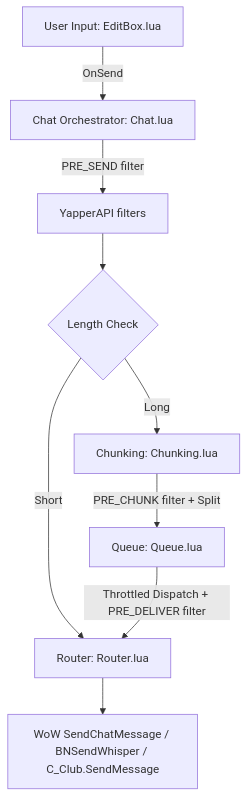
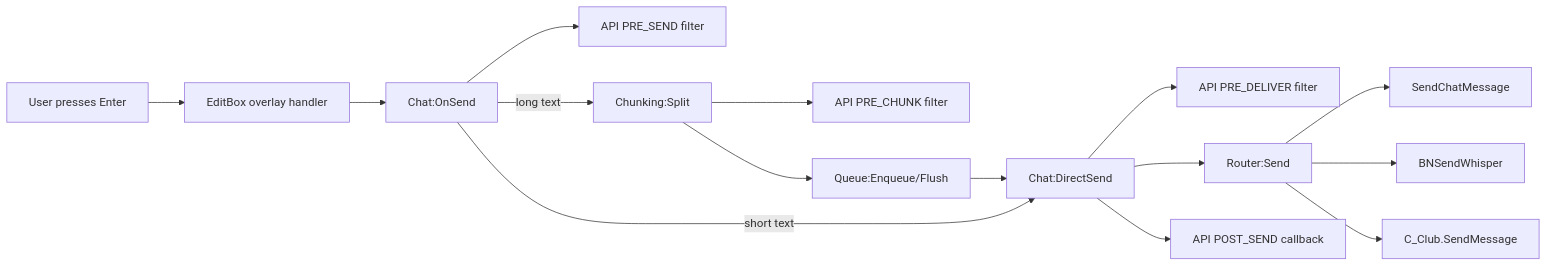
One commit to TenaarFeiri/WoW-Yapper changed the second of 5 diagrams in Documentation/Architecture.md. Above: the diagram before and after it, drawn with Mermaid. The commit also changed other lines of this file and 24 other files, not shown here.

First line of the commit message:
docs: overhaul Documentation tree into architecture/api/internals references

````diff
--- a/Documentation/Architecture.md
+++ b/Documentation/Architecture.md
@@ -11,11 +106,17 @@
 ```mermaid
-graph TD
-    A[User Input: EditBox.lua] -->|OnSend| B[Chat Orchestrator: Chat.lua]
-    B -->|PRE_SEND filter| F[YapperAPI filters]
-    F --> C{Length Check}
-    C -->|Short| D[Router: Router.lua]
-    C -->|Long| E[Chunking: Chunking.lua]
-    E -->|PRE_CHUNK filter + Split| G[Queue: Queue.lua]
-    G -->|Throttled Dispatch + PRE_DELIVER filter| D
-    D --> H[WoW SendChatMessage / BNSendWhisper / C_Club.SendMessage]
+flowchart LR
+    U[User presses Enter] --> E[EditBox overlay handler]
+    E --> C[Chat:OnSend]
+    C --> F1[API PRE_SEND filter]
+    C -->|long text| CH[Chunking:Split]
+    CH --> F2[API PRE_CHUNK filter]
+    CH --> Q[Queue:Enqueue/Flush]
+    C -->|short text| D[Chat:DirectSend]
+    Q --> D
+    D --> F3[API PRE_DELIVER filter]
+    D --> R[Router:Send]
+    R --> W1[SendChatMessage]
+    R --> W2[BNSendWhisper]
+    R --> W3[C_Club.SendMessage]
+    D --> CB[API POST_SEND callback]
 ```
````
